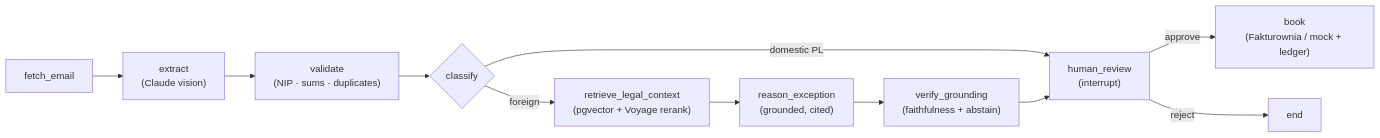
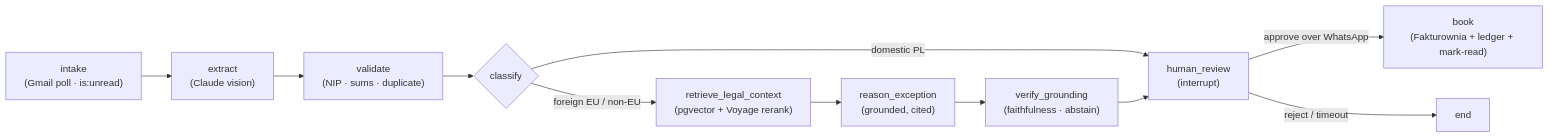
The diagram in README.md (mstudniarski-arch/invoicer), drawn with Mermaid before and after one commit. The commit also changed other lines of this file and 2 other files, not shown here.

First line of the commit message:
docs: comprehensive README refresh + flow walkthrough + debug harness

````diff
--- a/README.md
+++ b/README.md
@@ -15,13 +15,13 @@
 ```mermaid
 flowchart LR
-    A[fetch_email] --> B["extract<br/>(Claude vision)"]
-    B --> C["validate<br/>(NIP · sums · duplicates)"]
+    A["intake<br/>(Gmail poll · is:unread)"] --> B["extract<br/>(Claude vision)"]
+    B --> C["validate<br/>(NIP · sums · duplicate)"]
     C --> D{classify}
     D -->|domestic PL| F["human_review<br/>(interrupt)"]
-    D -->|foreign| R["retrieve_legal_context<br/>(pgvector + Voyage rerank)"]
+    D -->|foreign EU / non-EU| R["retrieve_legal_context<br/>(pgvector + Voyage rerank)"]
     R --> E["reason_exception<br/>(grounded, cited)"]
-    E --> V["verify_grounding<br/>(faithfulness + abstain)"]
+    E --> V["verify_grounding<br/>(faithfulness · abstain)"]
     V --> F
-    F -->|approve| G["book<br/>(Fakturownia / mock + ledger)"]
-    F -->|reject| H[end]
+    F -->|approve over WhatsApp| G["book<br/>(Fakturownia + ledger + mark-read)"]
+    F -->|reject / timeout| H[end]
 ```
````
